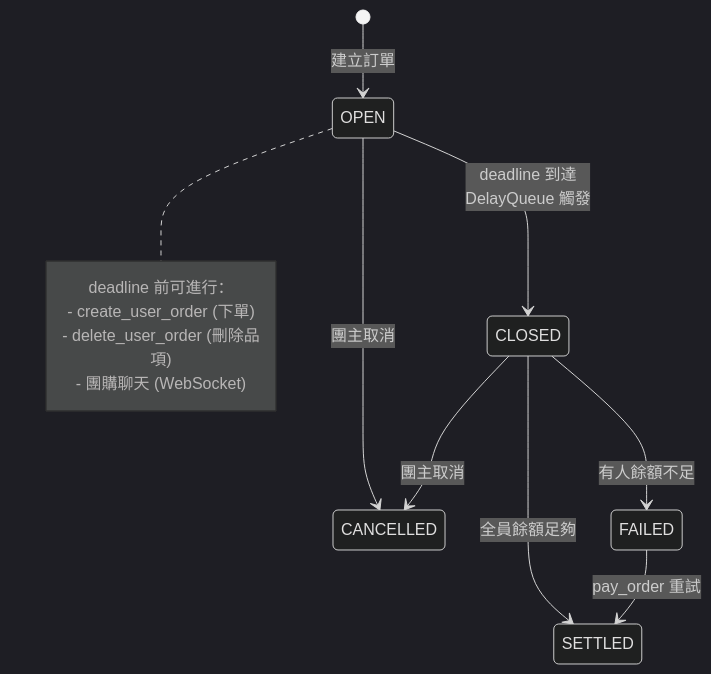
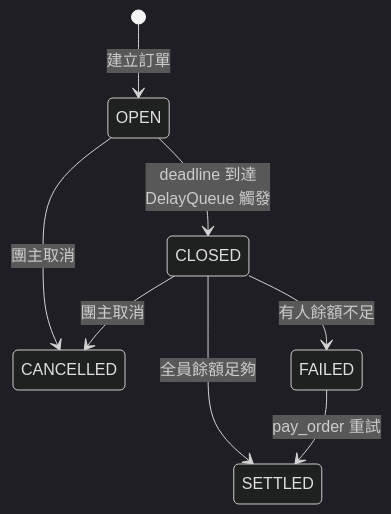
One commit to AlleyCC/order_sys changed the third of 6 diagrams in README.md. Above: the diagram before and after it, drawn with Mermaid (dark theme). The commit also changed other lines of this file, not shown here.

````diff
--- a/README.md
+++ b/README.md
@@ -190,20 +183,13 @@
 ```mermaid
 stateDiagram-v2
     [*] --> OPEN : 建立訂單
 
     OPEN --> CANCELLED : 團主取消
     OPEN --> CLOSED : deadline 到達<br/>DelayQueue 觸發
 
     CLOSED --> SETTLED : 全員餘額足夠
     CLOSED --> FAILED : 有人餘額不足
     CLOSED --> CANCELLED : 團主取消
 
     FAILED --> SETTLED : pay_order 重試
-
-    note right of OPEN
-        deadline 前可進行：
-        - create_user_order (下單)
-        - delete_user_order (刪除品項)
-        - 團購聊天 (WebSocket)
-    end note
 ```
````
